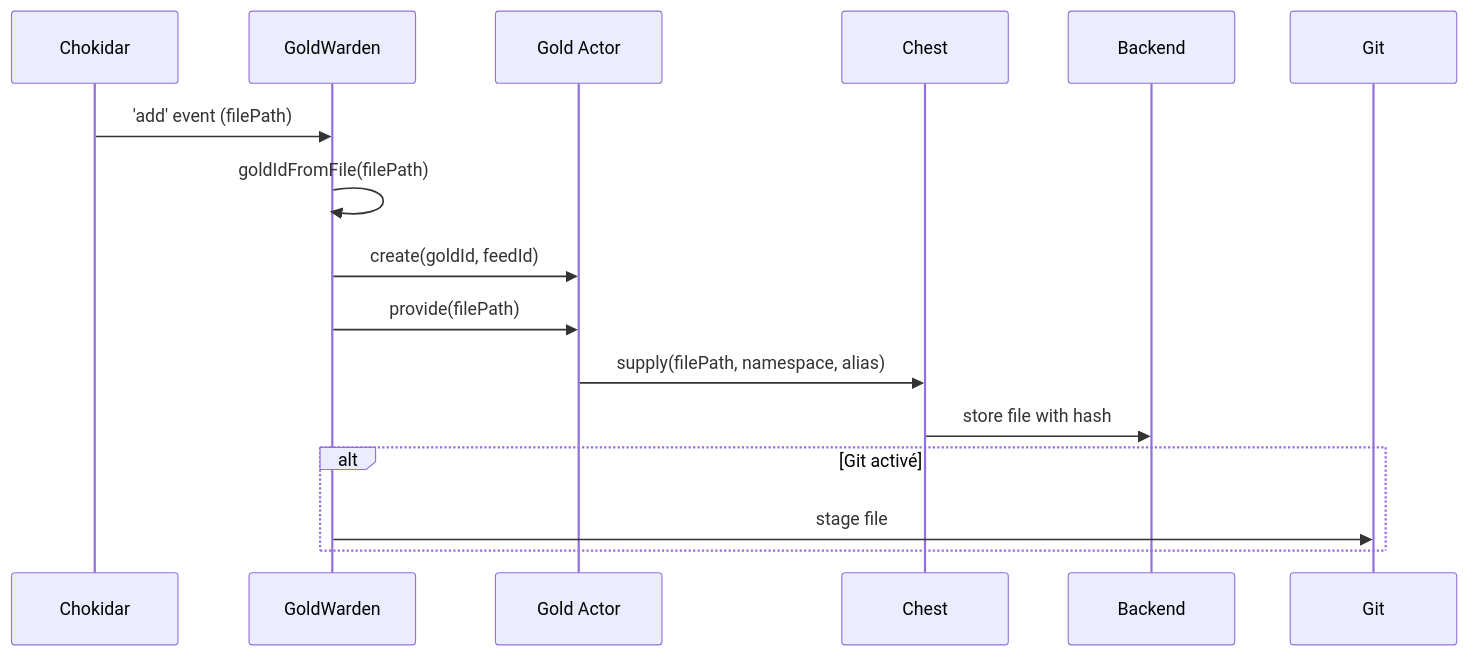
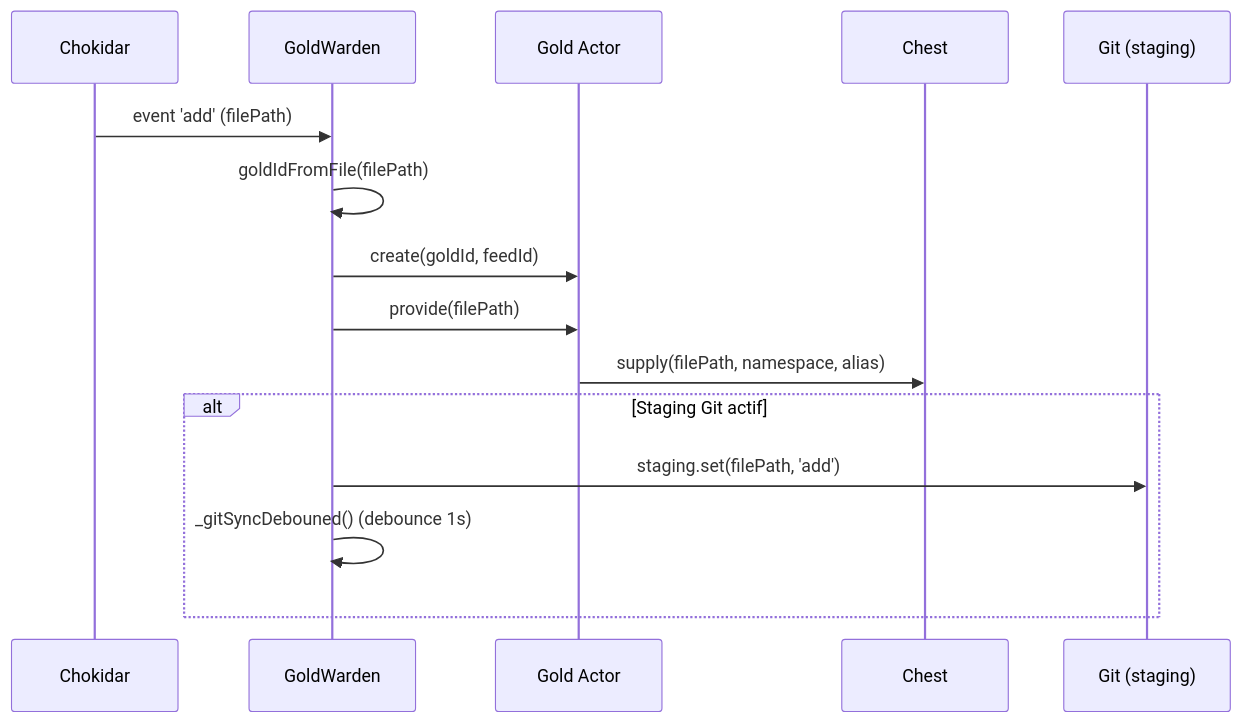
The second of 3 diagrams in doc/goldWarden.md (Xcraft-Inc/goblin-chest), drawn with Mermaid before and after one commit. The commit also changed other lines of this file, not shown here.

````diff
--- a/doc/goldWarden.md
+++ b/doc/goldWarden.md
@@ -112,19 +129,18 @@
 ```mermaid
 sequenceDiagram
     participant Chok as Chokidar
     participant GW as GoldWarden
     participant Gold as Gold Actor
     participant Chest as Chest
-    participant Backend as Backend
-    participant Git as Git
+    participant Git as Git (staging)
 
-    Chok->>GW: 'add' event (filePath)
+    Chok->>GW: event 'add' (filePath)
     GW->>GW: goldIdFromFile(filePath)
     GW->>Gold: create(goldId, feedId)
     GW->>Gold: provide(filePath)
     Gold->>Chest: supply(filePath, namespace, alias)
-    Chest->>Backend: store file with hash
-    alt Git activé
-        GW->>Git: stage file
+    alt Staging Git actif
+        GW->>Git: staging.set(filePath, 'add')
+        GW->>GW: _gitSyncDebouned() (debounce 1s)
     end
 ```
````
